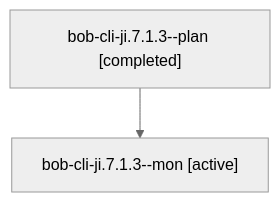
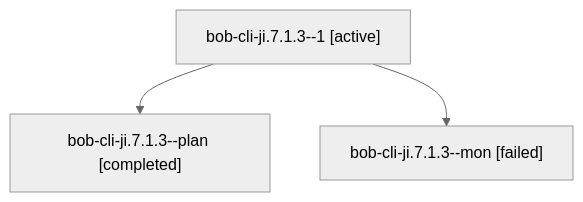
The diagram in sessions/bbugyi200.apollo.bob-cli-ji.7.1.3.md (bobs-org/bob-cli--agents), drawn with Mermaid (neutral theme) before and after one commit. The commit also changed other lines of this file and 49 other files, not shown here.

````diff
--- a/sessions/bbugyi200.apollo.bob-cli-ji.7.1.3.md
+++ b/sessions/bbugyi200.apollo.bob-cli-ji.7.1.3.md
@@ -9,6 +9,8 @@
 ```mermaid
 flowchart TD
-  n0["bob-cli-ji.7.1.3--plan [completed]"]
-  n1["bob-cli-ji.7.1.3--mon [active]"]
+  n0["bob-cli-ji.7.1.3--1 [active]"]
+  n1["bob-cli-ji.7.1.3--plan [completed]"]
   n0 --> n1
+  n2["bob-cli-ji.7.1.3--mon [failed]"]
+  n0 --> n2
 ```
````
